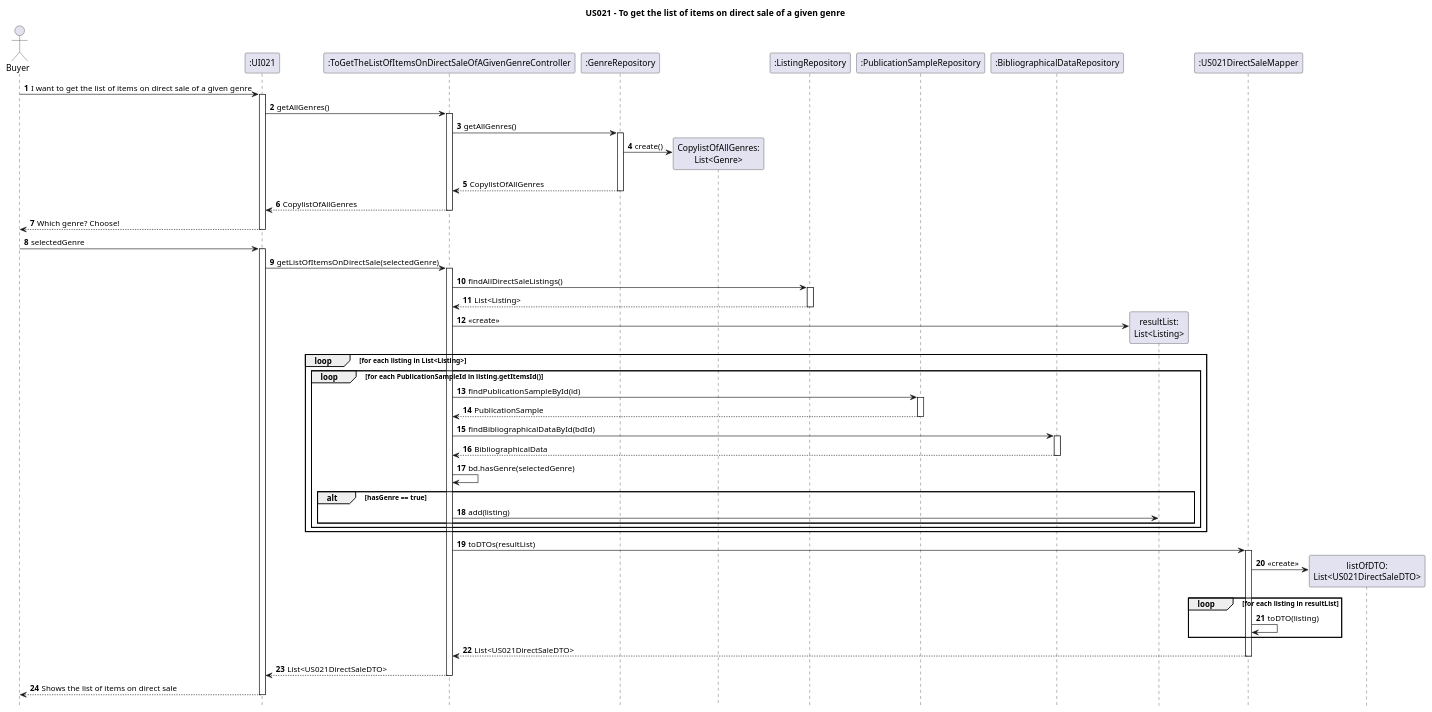
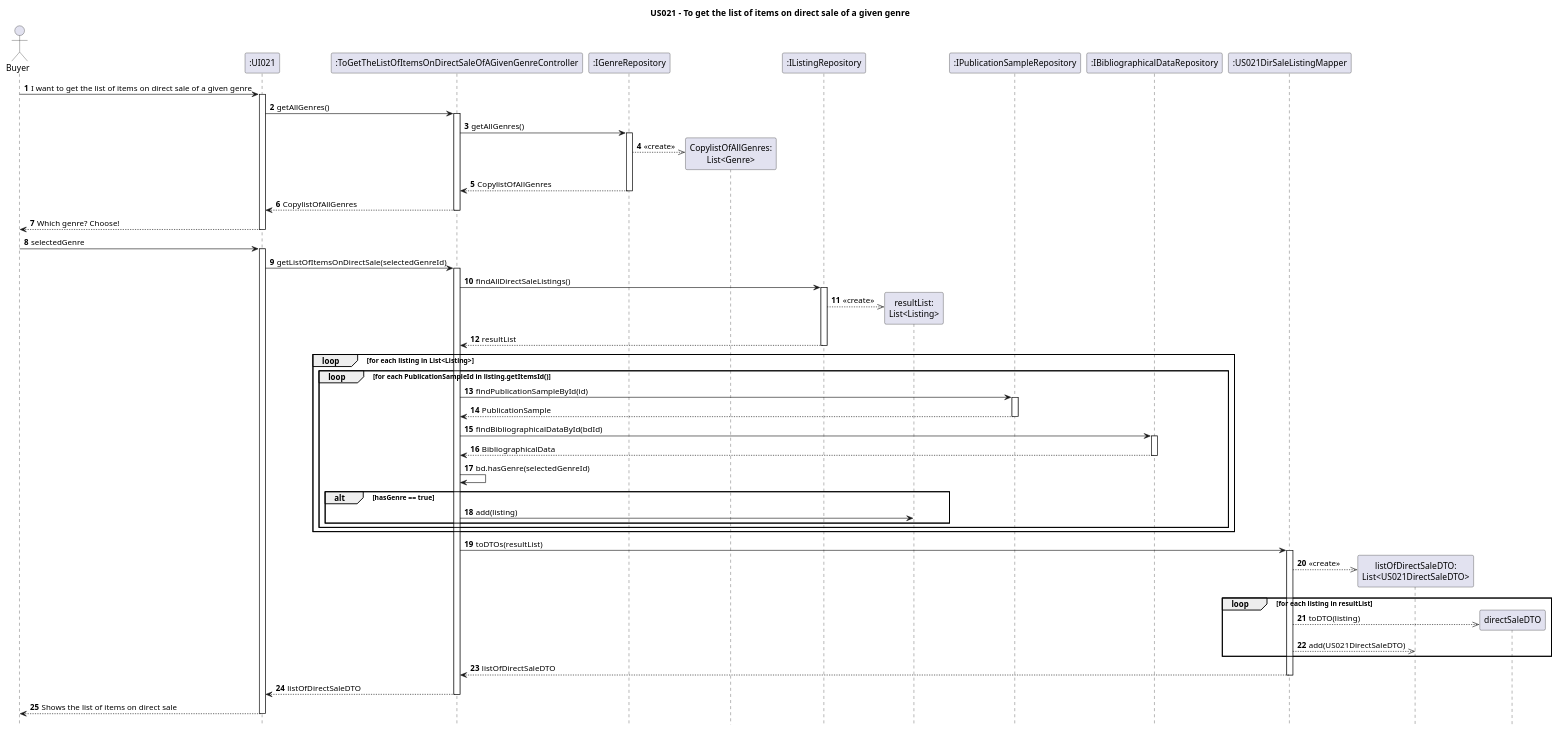
One commit to AndrePereiraGitH/SWitCH-Project-Team_A changed the diagram in Diagrams/SequenceDiagrams/N2/US021-to-get-the-list-of-items-on-direct-sale-of-a-given-genre/US021-to-get-the-list-of-items-on-direct-sale-of-a-given-genre.puml. Above: the diagram before and after it, drawn with PlantUML. The commit also changed 5 other files, not shown here.

```diff
--- a/Diagrams/SequenceDiagrams/N2/US021-to-get-the-list-of-items-on-direct-sale-of-a-given-genre/US021-to-get-the-list-of-items-on-direct-sale-of-a-given-genre.puml
+++ b/Diagrams/SequenceDiagrams/N2/US021-to-get-the-list-of-items-on-direct-sale-of-a-given-genre/US021-to-get-the-list-of-items-on-direct-sale-of-a-given-genre.puml
@@ -1,98 +1,100 @@
 @startuml
 hide footbox
 autonumber
 title US021 - To get the list of items on direct sale of a given genre
 
 actor Buyer
 
 ' Participants
 participant ":UI021" as UI
 participant ":ToGetTheListOfItemsOnDirectSaleOfAGivenGenreController" as Ctrl
-participant ":GenreRepository" as GenreRepo
+participant ":IGenreRepository" as IGenreRepo
 participant "CopylistOfAllGenres:\nList<Genre>" as LG
-participant ":ListingRepository" as ListingRepo
-participant ":PublicationSampleRepository" as PSRepo
-participant ":BibliographicalDataRepository" as BDRepo
-participant "resultList:\nList<Listing>" as ResultList
-participant ":US021DirectSaleMapper" as Mapper
-participant "listOfDTO:\nList<US021DirectSaleDTO>" as LDTO
+participant ":IListingRepository" as IListingRepo
+participant "resultList:\nList<Listing>" as ResultList 
+participant ":IPublicationSampleRepository" as IPSRepo
+participant ":IBibliographicalDataRepository" as IBDRepo
+participant ":US021DirSaleListingMapper" as Mapper
+participant "listOfDirectSaleDTO:\nList<US021DirectSaleDTO>" as LDTO
+
 
 ' Interactions
 
 ' Section 1 - Get all genres
 Buyer -> UI : I want to get the list of items on direct sale of a given genre
 activate UI
 
 UI -> Ctrl : getAllGenres()
 activate Ctrl
 
-Ctrl -> GenreRepo : getAllGenres()
-activate GenreRepo
+Ctrl -> IGenreRepo : getAllGenres()
+activate IGenreRepo
 
-GenreRepo -> LG ** : create()
+IGenreRepo -->> LG ** : «create»
 
-GenreRepo --> Ctrl : CopylistOfAllGenres
-deactivate GenreRepo
+IGenreRepo --> Ctrl : CopylistOfAllGenres
+deactivate IGenreRepo
 
 Ctrl --> UI : CopylistOfAllGenres
 deactivate Ctrl
 
 UI --> Buyer : Which genre? Choose!
 deactivate UI
 
 ' Section 2 - Get list of direct sales with the genre chosen
 Buyer -> UI : selectedGenre
 activate UI
 
-UI -> Ctrl : getListOfItemsOnDirectSale(selectedGenre)
+UI -> Ctrl : getListOfItemsOnDirectSale(selectedGenreId)
 activate Ctrl
 
-Ctrl -> ListingRepo : findAllDirectSaleListings()
-activate ListingRepo
+Ctrl -> IListingRepo : findAllDirectSaleListings()
+activate IListingRepo
 
-ListingRepo --> Ctrl : List<Listing>
-deactivate ListingRepo
+IListingRepo -->> ResultList ** : «create»
 
-Ctrl -> ResultList ** : <<create>>
+IListingRepo --> Ctrl : resultList
+deactivate IListingRepo
 
 
 loop for each listing in List<Listing>
     loop for each PublicationSampleId in listing.getItemsId()
-        Ctrl -> PSRepo : findPublicationSampleById(id)
-        activate PSRepo
-        PSRepo --> Ctrl : PublicationSample
-        deactivate PSRepo
+        Ctrl -> IPSRepo : findPublicationSampleById(id)
+        activate IPSRepo
+        IPSRepo --> Ctrl : PublicationSample
+        deactivate IPSRepo
 
-        Ctrl -> BDRepo : findBibliographicalDataById(bdId)
-        activate BDRepo
-        BDRepo --> Ctrl : BibliographicalData
-        deactivate BDRepo
+        Ctrl -> IBDRepo : findBibliographicalDataById(bdId)
+        activate IBDRepo
+        IBDRepo --> Ctrl : BibliographicalData
+        deactivate IBDRepo
 
-        Ctrl -> Ctrl : bd.hasGenre(selectedGenre)
+        Ctrl -> Ctrl : bd.hasGenre(selectedGenreId)
 
         alt hasGenre == true
             Ctrl -> ResultList : add(listing)
         end
     end
 end
 
 ' Section 3 - Convert to DTO
 Ctrl -> Mapper : toDTOs(resultList)
 activate Mapper
 
-Mapper -> LDTO ** : <<create>>
+Mapper -->> LDTO ** : <<create>>
 
 loop for each listing in resultList
-    Mapper -> Mapper : toDTO(listing)
+    Mapper -->> directSaleDTO ** : toDTO(listing)
+    Mapper -->> LDTO : add(US021DirectSaleDTO)
 end
 
-Mapper --> Ctrl : List<US021DirectSaleDTO>
+Mapper --> Ctrl : listOfDirectSaleDTO
 deactivate Mapper
 
-Ctrl --> UI : List<US021DirectSaleDTO>
+Ctrl --> UI : listOfDirectSaleDTO
 deactivate Ctrl
 
 UI --> Buyer : Shows the list of items on direct sale
 deactivate UI
 
 @enduml
```
